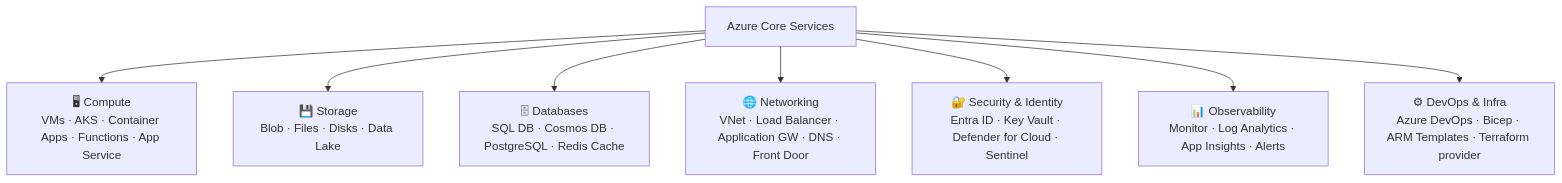
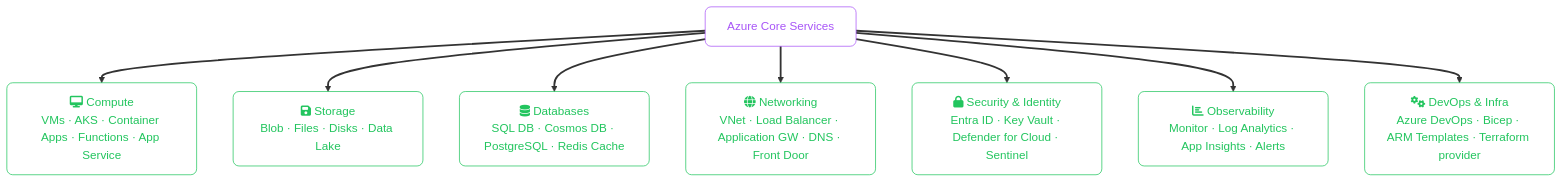
The fifth of 6 diagrams in src/content/cloud/azure/01-intro.mdx (zafarale/cloudification), drawn with Mermaid before and after one commit. The commit also changed other lines of this file and 84 other files, not shown here.

````diff
--- a/src/content/cloud/azure/01-intro.mdx
+++ b/src/content/cloud/azure/01-intro.mdx
@@ -193,14 +218,20 @@
 ```mermaid
 flowchart TD
-    AZ["Azure Core Services"]
+    accTitle: Core Azure Service Categories
+    accDescr: Flowchart (td) showing Azure Core Services, Compute VMs AKS Container Apps Functions App Service, Storage Blob Files Disks Data Lake
+    classDef step fill:none,stroke:#a855f7,color:#a855f7,rx:8,ry:8
+    classDef ok   fill:none,stroke:#22c55e,color:#22c55e,rx:8,ry:8
+    linkStyle default stroke-width:2.5px
 
-    COMPUTE["🖥 Compute\nVMs · AKS · Container Apps · Functions · App Service"]
-    STORAGE["💾 Storage\nBlob · Files · Disks · Data Lake"]
-    DB["🗄 Databases\nSQL DB · Cosmos DB · PostgreSQL · Redis Cache"]
-    NET["🌐 Networking\nVNet · Load Balancer · Application GW · DNS · Front Door"]
-    IAM_BOX["🔐 Security & Identity\nEntra ID · Key Vault · Defender for Cloud · Sentinel"]
-    OBS["📊 Observability\nMonitor · Log Analytics · App Insights · Alerts"]
-    INFRA["⚙ DevOps & Infra\nAzure DevOps · Bicep · ARM Templates · Terraform provider"]
+    AZ["Azure Core Services"]:::step
+
+    COMPUTE["fa:fa-desktop Compute<br/>VMs · AKS · Container Apps · Functions · App Service"]:::ok
+    STORAGE["fa:fa-floppy-disk Storage<br/>Blob · Files · Disks · Data Lake"]:::ok
+    DB["fa:fa-database Databases<br/>SQL DB · Cosmos DB · PostgreSQL · Redis Cache"]:::ok
+    NET["fa:fa-globe Networking<br/>VNet · Load Balancer · Application GW · DNS · Front Door"]:::ok
+    IAM_BOX["fa:fa-lock Security & Identity<br/>Entra ID · Key Vault · Defender for Cloud · Sentinel"]:::ok
+    OBS["fa:fa-chart-bar Observability<br/>Monitor · Log Analytics · App Insights · Alerts"]:::ok
+    INFRA["fa:fa-gears DevOps & Infra<br/>Azure DevOps · Bicep · ARM Templates · Terraform provider"]:::ok
 
     AZ --> COMPUTE & STORAGE & DB & NET & IAM_BOX & OBS & INFRA
 ```
````
